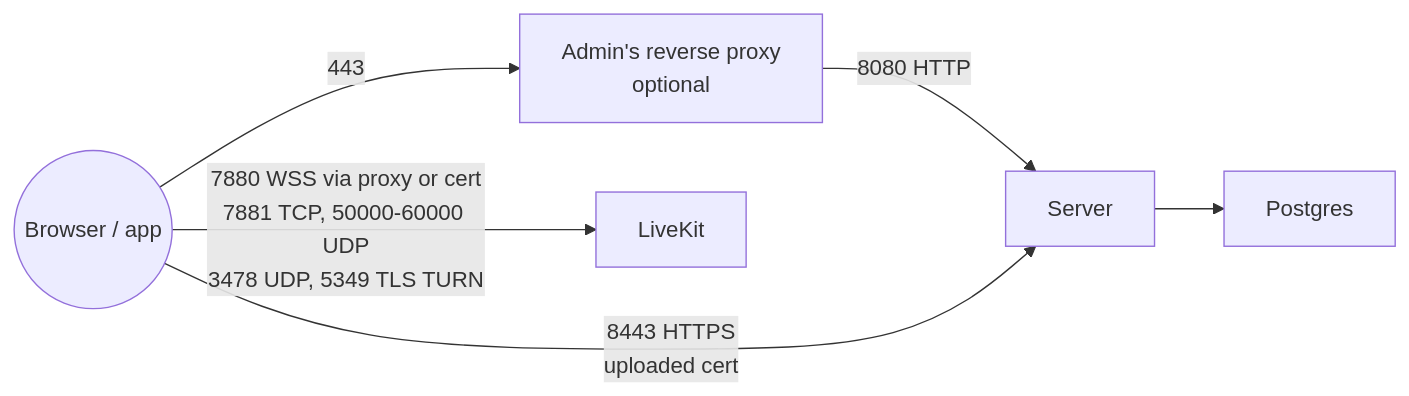
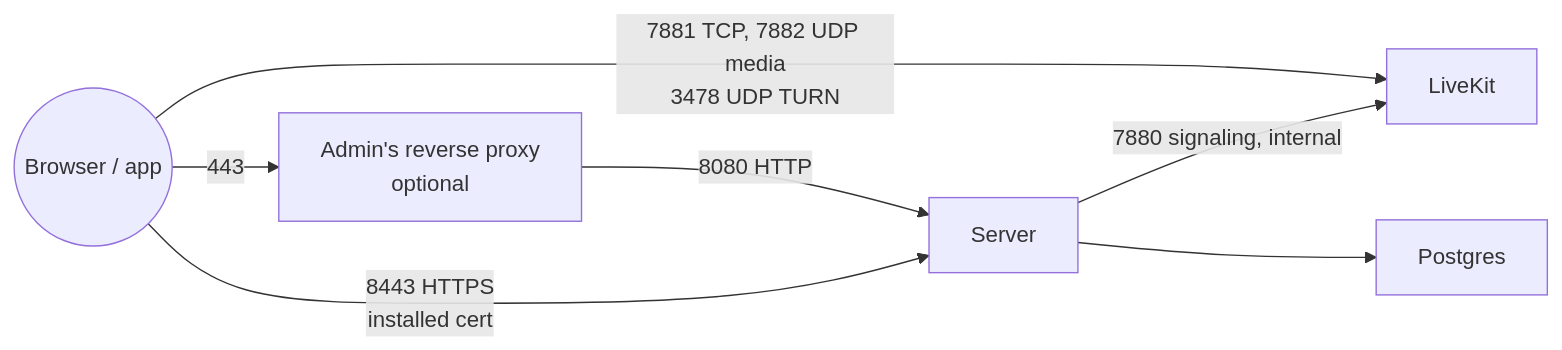
One commit to aazam476/Nexus-Chat changed the sixth of 6 diagrams in docs/architecture.md. Above: the diagram before and after it, drawn with Mermaid. The commit also changed other lines of this file and 6 other files, not shown here.

````diff
--- a/docs/architecture.md
+++ b/docs/architecture.md
@@ -215,8 +215,9 @@
 ```mermaid
 flowchart LR
   User((Browser / app)) -->|443| RP[Admin's reverse proxy<br/>optional]
   RP -->|8080 HTTP| Server
-  User -->|8443 HTTPS<br/>uploaded cert| Server
-  User -->|7880 WSS via proxy or cert<br/>7881 TCP, 50000-60000 UDP<br/>3478 UDP, 5349 TLS TURN| LiveKit
+  User -->|8443 HTTPS<br/>installed cert| Server
+  User -->|7881 TCP, 7882 UDP media<br/>3478 UDP TURN| LiveKit
+  Server -->|7880 signaling, internal| LiveKit
   Server --> Postgres
 ```
````
